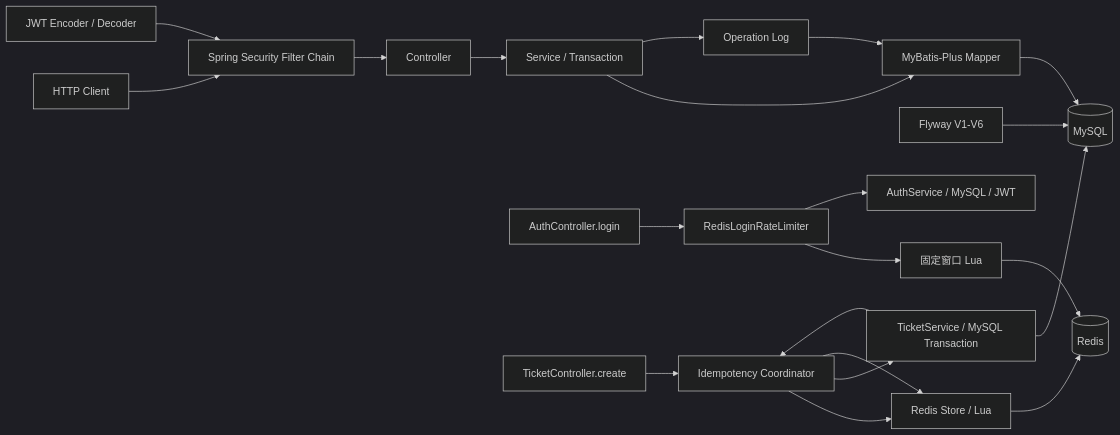
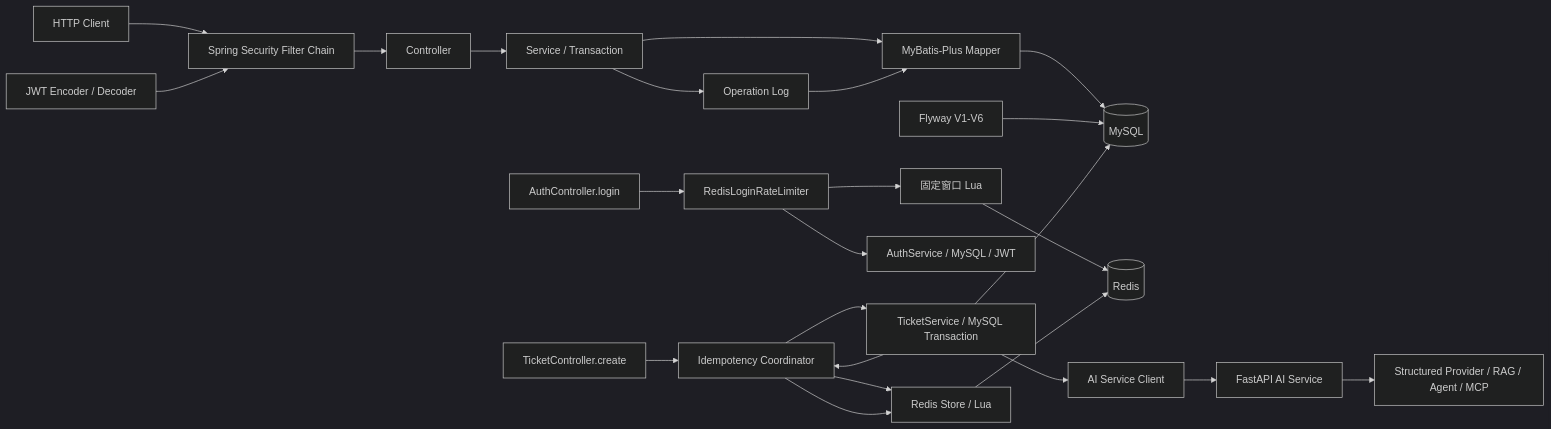
One commit to zc2777038647/ai-ticket-platform changed the diagram in README.md. Above: the diagram before and after it, drawn with Mermaid (dark theme). The commit also changed other lines of this file and 3 other files, not shown here.

````diff
--- a/README.md
+++ b/README.md
@@ -68,23 +68,26 @@
 ```mermaid
 flowchart LR
     Client["HTTP Client"] --> Security["Spring Security Filter Chain"]
     Security --> Controller["Controller"]
     Controller --> Service["Service / Transaction"]
     Service --> Mapper["MyBatis-Plus Mapper"]
     Mapper --> MySQL[("MySQL")]
     JWT["JWT Encoder / Decoder"] --> Security
     Flyway["Flyway V1-V6"] --> MySQL
     Service --> Log["Operation Log"]
     Log --> Mapper
     Auth["AuthController.login"] --> RateLimiter["RedisLoginRateLimiter"]
     RateLimiter --> RateLua["固定窗口 Lua"]
     RateLua --> Redis[("Redis")]
     RateLimiter --> AuthService["AuthService / MySQL / JWT"]
     Create["TicketController.create"] --> Coordinator["Idempotency Coordinator"]
     Coordinator --> Store["Redis Store / Lua"]
     Store --> Redis
     Coordinator --> TicketService["TicketService / MySQL Transaction"]
     TicketService --> MySQL
     TicketService --> Coordinator
     Coordinator --> Store
+    TicketService --> AiClient["AI Service Client"]
+    AiClient --> Python["FastAPI AI Service"]
+    Python --> Knowledge["Structured Provider / RAG / Agent / MCP"]
 ```
````
